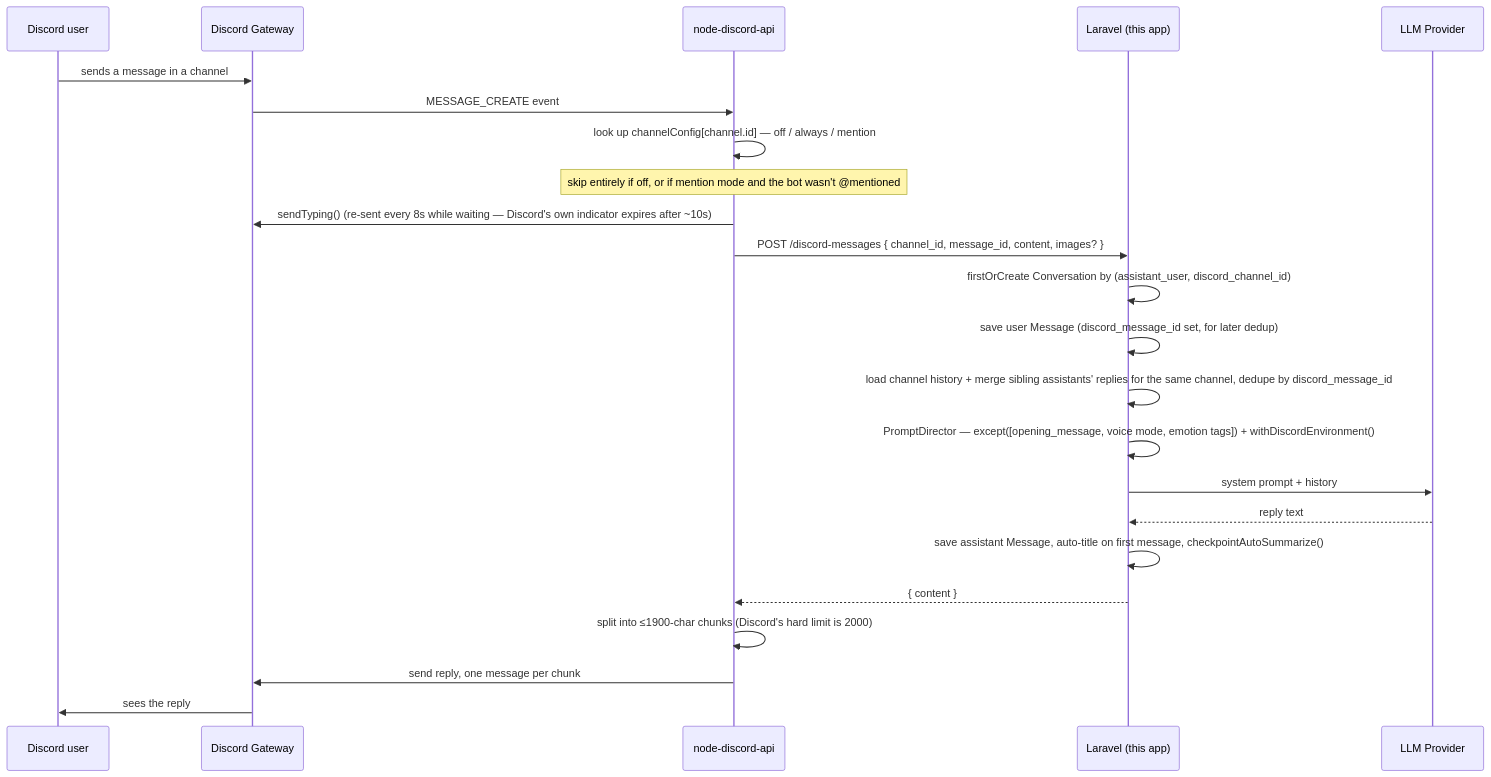
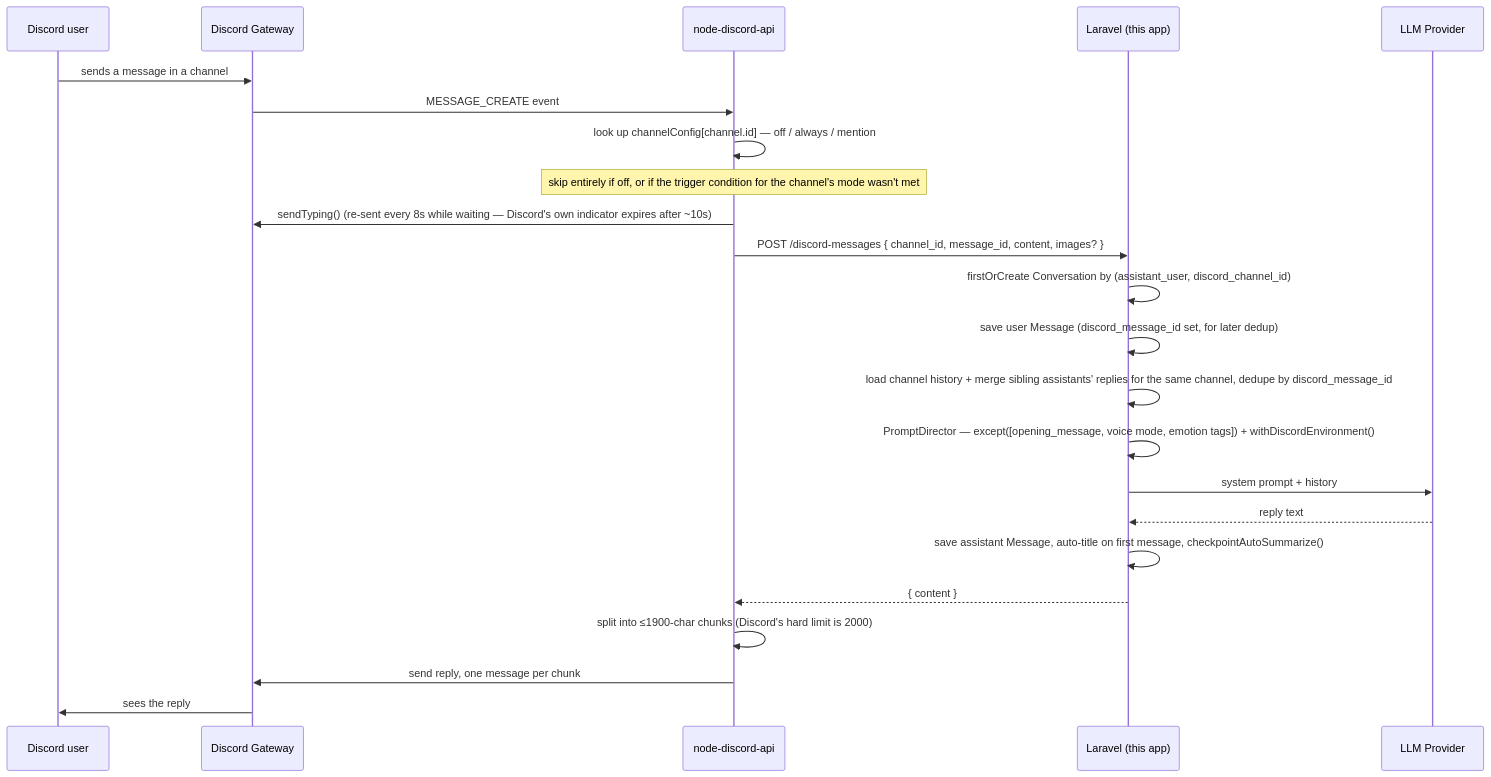
One commit to gaboeremita/laravel-vera changed the second of 2 diagrams in ARCHITECTURE.md. Above: the diagram before and after it, drawn with Mermaid. The commit also changed other lines of this file and 1 other file, not shown here.

````diff
--- a/ARCHITECTURE.md
+++ b/ARCHITECTURE.md
@@ -832,26 +864,26 @@
 ```mermaid
 sequenceDiagram
     participant U as Discord user
     participant D as Discord Gateway
     participant B as node-discord-api
     participant L as Laravel (this app)
     participant LLM as LLM Provider
 
     U->>D: sends a message in a channel
     D->>B: MESSAGE_CREATE event
     B->>B: look up channelConfig[channel.id] — off / always / mention
-    Note over B: skip entirely if off, or if mention mode and the bot wasn't @mentioned
+    Note over B: skip entirely if off, or if the trigger condition for the channel's mode wasn't met
     B->>D: sendTyping() (re-sent every 8s while waiting — Discord's own indicator expires after ~10s)
     B->>L: POST /discord-messages { channel_id, message_id, content, images? }
     L->>L: firstOrCreate Conversation by (assistant_user, discord_channel_id)
     L->>L: save user Message (discord_message_id set, for later dedup)
     L->>L: load channel history + merge sibling assistants' replies for the same channel, dedupe by discord_message_id
     L->>L: PromptDirector — except([opening_message, voice mode, emotion tags]) + withDiscordEnvironment()
     L->>LLM: system prompt + history
     LLM-->>L: reply text
     L->>L: save assistant Message, auto-title on first message, checkpointAutoSummarize()
     L-->>B: { content }
     B->>B: split into ≤1900-char chunks (Discord's hard limit is 2000)
     B->>D: send reply, one message per chunk
     D->>U: sees the reply
 ```
````
